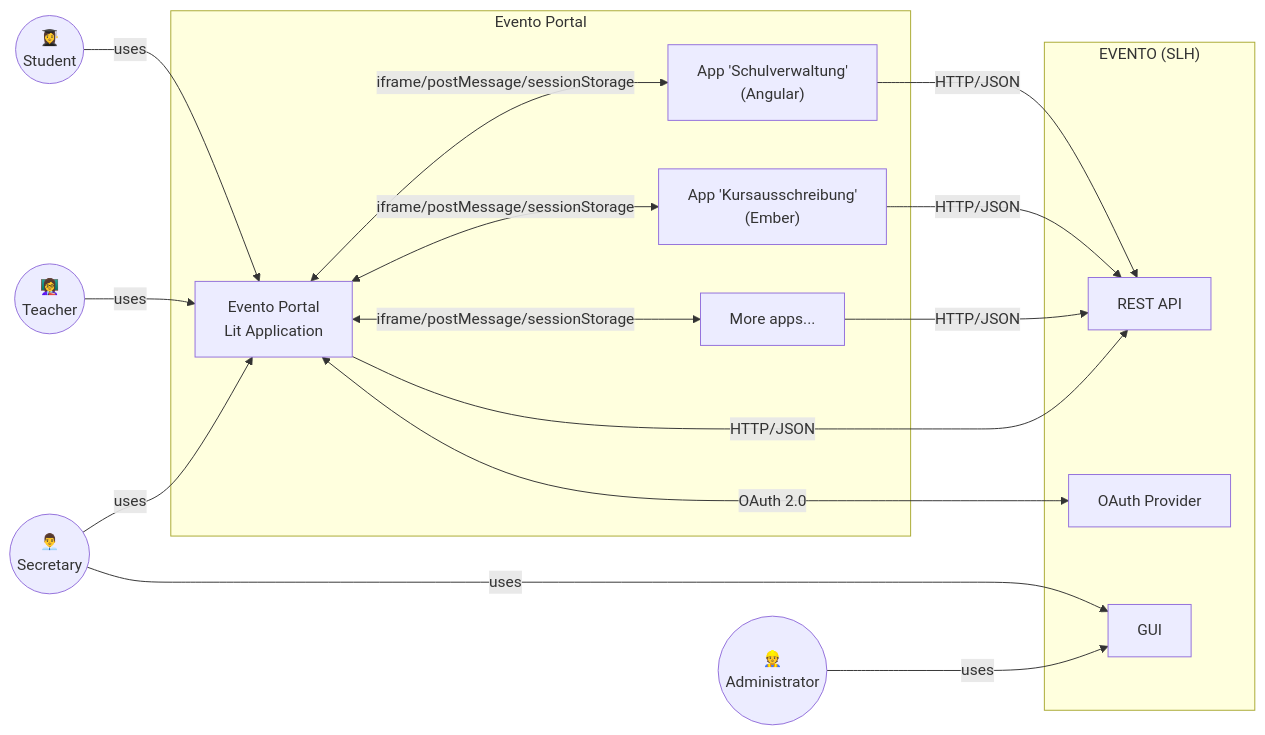
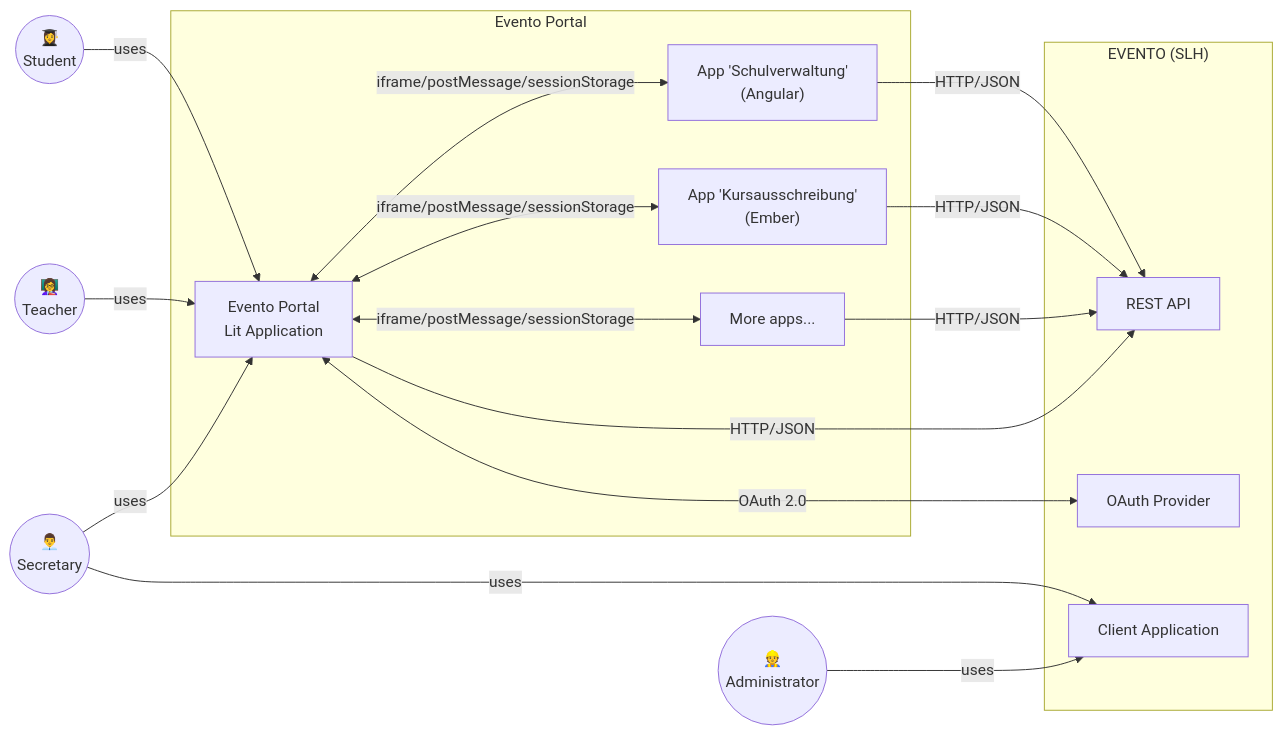
One commit to bkd-mba-fbi/evento-portal changed the first of 6 diagrams in doc/sad.md. Above: the diagram before and after it, drawn with Mermaid. The commit also changed other lines of this file and 10 other files, not shown here.

````diff
--- a/doc/sad.md
+++ b/doc/sad.md
@@ -84,44 +84,44 @@
 ```mermaid
 graph LR
   student(("👩‍🎓
   Student"))
   teacher(("👩‍🏫
   Teacher"))
   secretary(("👨‍💼
   Secretary"))
   admins(("👷
   Administrator"))
   portal["Evento Portal
   Lit Application"]
 
   schulverwaltung["App 'Schulverwaltung'
   (Angular)"]
   kursausschreibung["App 'Kursausschreibung'
   (Ember)"]
   etc["More apps..."]
 
   subgraph evento ["EVENTO (SLH)"]
     evento-api[REST API]
     evento-oauth[OAuth Provider]
-    evento-gui[GUI]
+    evento-gui[Client Application]
   end
 
   student --> |uses| portal
   teacher --> |uses| portal
   secretary --> |uses| portal
   secretary --> |uses| evento-gui
   admins --> |uses| evento-gui
 
   subgraph portalsystem ["Evento Portal"]
     portal <--> |iframe/postMessage/sessionStorage| schulverwaltung
     portal <--> |iframe/postMessage/sessionStorage| kursausschreibung
     portal <--> |iframe/postMessage/sessionStorage| etc
   end
 
   schulverwaltung --> |HTTP/JSON| evento-api
   kursausschreibung --> |HTTP/JSON| evento-api
   etc --> |HTTP/JSON| evento-api
 
   portal --> |HTTP/JSON| evento-api
   portal <--> |OAuth 2.0| evento-oauth
 ```
````
